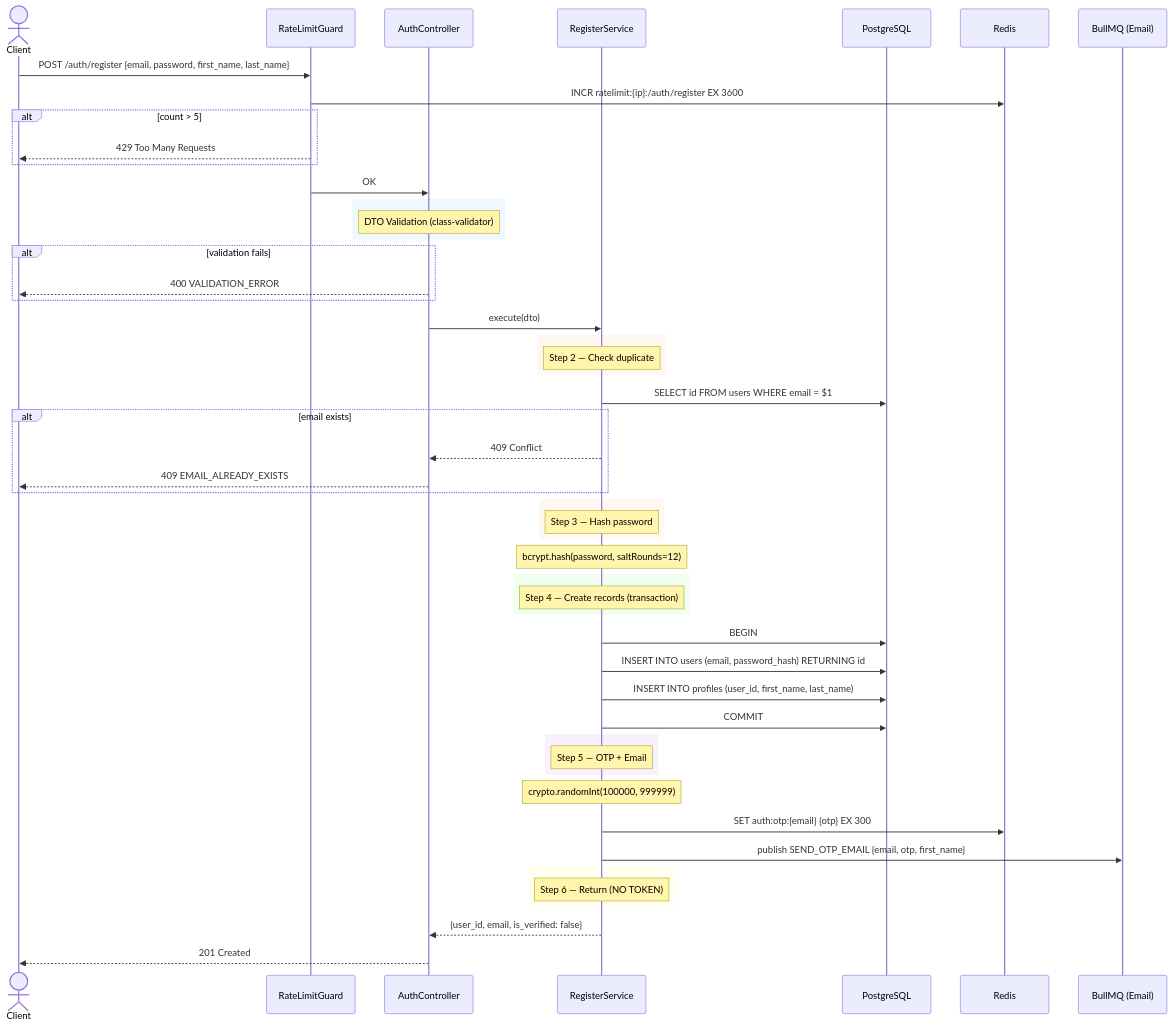
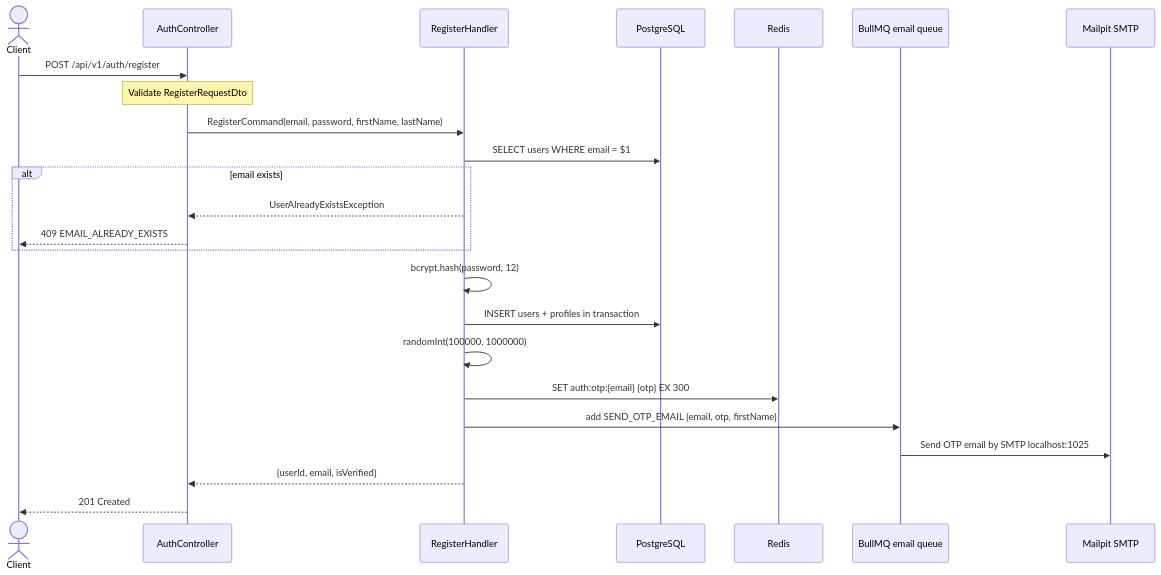
The diagram in docs/auth/01-register-api.md (keyntk78/node-mind-server), drawn with Mermaid before and after one commit. The commit also changed other lines of this file, not shown here.

Commit message:
fix(auth): correct API endpoint and enhance registration process details

````diff
--- a/docs/auth/01-register-api.md
+++ b/docs/auth/01-register-api.md
@@ -23,63 +21,29 @@
 ```mermaid
 sequenceDiagram
     actor C as Client
-    participant RL as RateLimitGuard
     participant Ctrl as AuthController
-    participant Svc as RegisterService
+    participant H as RegisterHandler
     participant DB as PostgreSQL
     participant R as Redis
-    participant Q as BullMQ (Email)
+    participant Q as BullMQ email queue
+    participant M as Mailpit SMTP
 
-    C->>RL: POST /auth/register {email, password, first_name, last_name}
+    C->>Ctrl: POST /api/v1/auth/register
+    Note over Ctrl: Validate RegisterRequestDto
 
-    RL->>R: INCR ratelimit:{ip}:/auth/register EX 3600
-    alt count > 5
-        RL-->>C: 429 Too Many Requests
-    end
-
-    RL->>Ctrl: OK
-
-    rect rgb(240, 248, 255)
-        Note over Ctrl: DTO Validation (class-validator)
-    end
-    alt validation fails
-        Ctrl-->>C: 400 VALIDATION_ERROR
-    end
-
-    Ctrl->>Svc: execute(dto)
-
-    rect rgb(255, 248, 240)
-        Note over Svc: Step 2 — Check duplicate
-    end
-    Svc->>DB: SELECT id FROM users WHERE email = $1
+    Ctrl->>H: RegisterCommand(email, password, firstName, lastName)
+    H->>DB: SELECT users WHERE email = $1
     alt email exists
-        Svc-->>Ctrl: 409 Conflict
+        H-->>Ctrl: UserAlreadyExistsException
         Ctrl-->>C: 409 EMAIL_ALREADY_EXISTS
     end
 
-    rect rgb(255, 248, 240)
-        Note over Svc: Step 3 — Hash password
-    end
-    Note over Svc: bcrypt.hash(password, saltRounds=12)
-
-    rect rgb(240, 255, 240)
-        Note over Svc: Step 4 — Create records (transaction)
-    end
-    Svc->>DB: BEGIN
-    Svc->>DB: INSERT INTO users (email, password_hash) RETURNING id
-    Svc->>DB: INSERT INTO profiles (user_id, first_name, last_name)
-    Svc->>DB: COMMIT
-
-    rect rgb(248, 240, 255)
-        Note over Svc: Step 5 — OTP + Email
-    end
-    Note over Svc: crypto.randomInt(100000, 999999)
-    Svc->>R: SET auth:otp:{email} {otp} EX 300
-    Svc->>Q: publish SEND_OTP_EMAIL {email, otp, first_name}
-
-    rect rgb(255, 255, 240)
-        Note over Svc: Step 6 — Return (NO TOKEN)
-    end
-    Svc-->>Ctrl: {user_id, email, is_verified: false}
+    H->>H: bcrypt.hash(password, 12)
+    H->>DB: INSERT users + profiles in transaction
+    H->>H: randomInt(100000, 1000000)
+    H->>R: SET auth:otp:{email} {otp} EX 300
+    H->>Q: add SEND_OTP_EMAIL {email, otp, firstName}
+    Q->>M: Send OTP email by SMTP localhost:1025
+    H-->>Ctrl: {userId, email, isVerified}
     Ctrl-->>C: 201 Created
 ```
````
